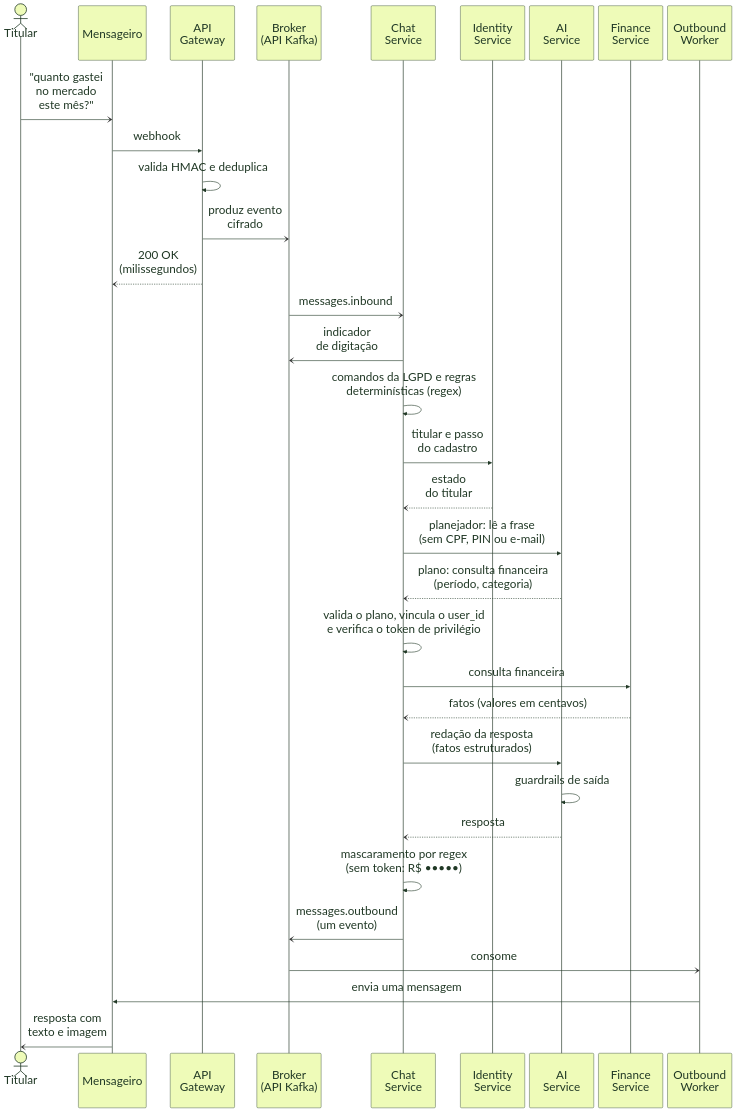
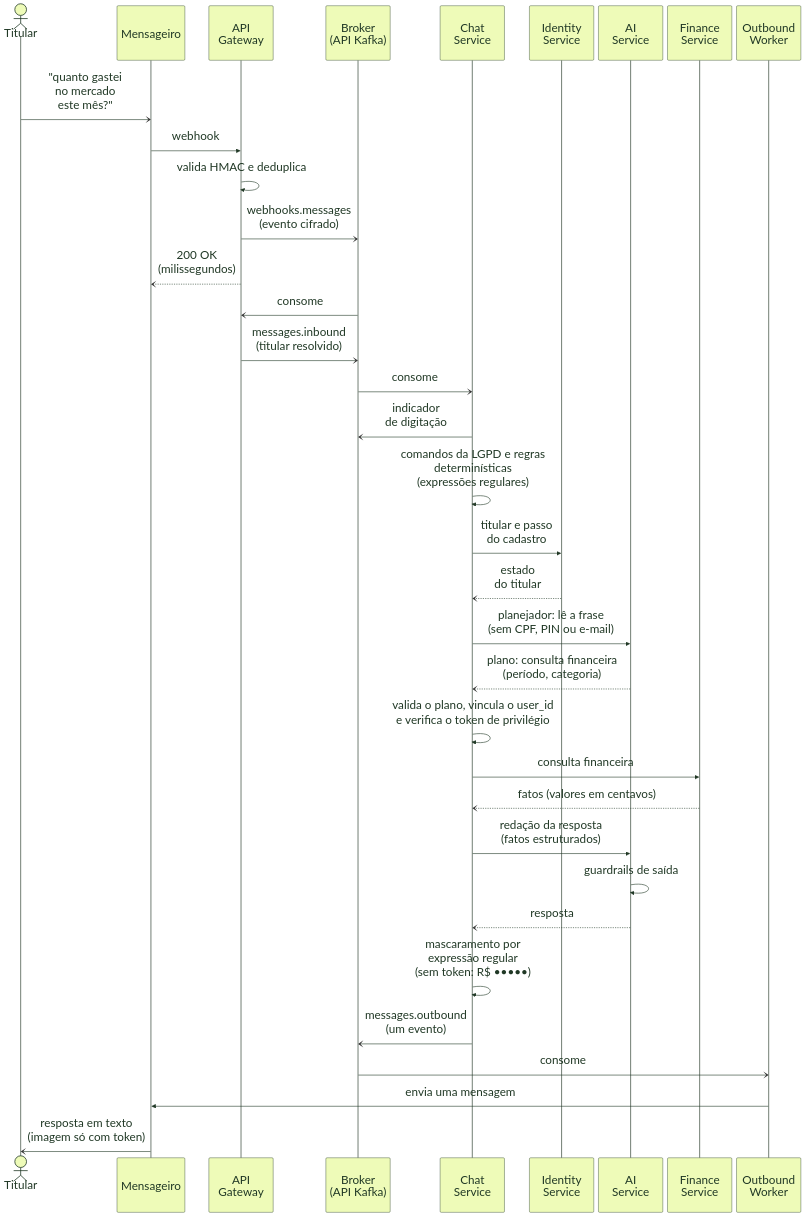
Before and after one commit to eigam-corp/thesis: the diagram in puml/sequencia_processamento_mensagem.mmd, drawn with Mermaid. The commit also changed 52 other files, not shown here.

```diff
--- a/puml/sequencia_processamento_mensagem.mmd
+++ b/puml/sequencia_processamento_mensagem.mmd
@@ -1,76 +1,78 @@
 ---
 config:
   theme: base
   look: classic
   fontFamily: "Open Sans, sans-serif"
   fontSize: 30
   themeVariables:
     actorBkg: "#EEFBB8"
     actorBorder: "#203825"
     actorTextColor: "#203825"
     actorLineColor: "#4A5A4D"
     signalColor: "#203825"
     signalTextColor: "#203825"
     activationBkgColor: "#DCFB67"
     activationBorderColor: "#203825"
     noteBkgColor: "#FFFFFF"
     noteBorderColor: "#4A5A4D"
     noteTextColor: "#203825"
   sequence:
     mirrorActors: true
     diagramMarginY: 30
     wrap: false
     width: 165
     height: 140
     actorMargin: 12
     boxMargin: 8
     messageMargin: 6
   themeCSS: |
     .actor-man line, .actor-man circle { stroke: #203825 !important; stroke-width: 3px !important; vector-effect: non-scaling-stroke; }
     .actor-man circle { fill: #DCFB67 !important; }
     .actor-man { transform-box: fill-box; transform-origin: 50% 0%; transform: scale(1.6); }
     .actor-man text.actor { transform-box: fill-box; transform-origin: 50% 50%; transform: translateY(12px) scale(0.75); paint-order: stroke; stroke: #F6F8F1 !important; stroke-width: 12px !important; stroke-linejoin: round; }
     .actor { stroke-width: 2px !important; }
     .messageLine0, .messageLine1 { stroke-width: 2.2px !important; }
     .actor-line { stroke-dasharray: 6 5 !important; }
 ---
 %% Processamento de uma mensagem, em notação UML (diagrama de sequência do Mermaid 12).
 %%   ->> chamada síncrona (linha contínua, ponta cheia); -) evento ou mensagem assíncrona (ponta aberta);
 %%   --) retorno (linha tracejada, ponta aberta).
 %%   Cores da paleta do EIGAM; fontes grandes para leitura impressa na largura do texto.
 %%   Os participantes se repetem embaixo (mirrorActors) porque, sem isso, o Mermaid corta as linhas de vida em 2000 px.
 %% Renderização (mermaid-cli 12): mmdc -i sequencia_processamento_mensagem.mmd -o ../images/sequencia/processamento_mensagem.png --size 3600 -b "#F6F8F1"
 sequenceDiagram
   actor U as Titular
   participant CH as Mensageiro
   participant GW as API<br/>Gateway
   participant KF as Broker<br/>(API Kafka)
   participant CS as Chat<br/>Service
   participant ID as Identity<br/>Service
   participant AI as AI<br/>Service
   participant FS as Finance<br/>Service
   participant OW as Outbound<br/>Worker
 
   U-)CH: "quanto gastei<br/>no mercado<br/>este mês?"
   CH->>GW: webhook
   GW->>GW: valida HMAC e deduplica
-  GW-)KF: produz evento<br/>cifrado
+  GW-)KF: webhooks.messages<br/>(evento cifrado)
   GW--)CH: 200 OK<br/>(milissegundos)
-  KF-)CS: messages.inbound
+  KF-)GW: consome
+  GW-)KF: messages.inbound<br/>(titular resolvido)
+  KF-)CS: consome
   CS-)KF: indicador<br/>de digitação
-  CS->>CS: comandos da LGPD e regras<br/>determinísticas (regex)
+  CS->>CS: comandos da LGPD e regras<br/>determinísticas<br/>(expressões regulares)
   CS->>ID: titular e passo<br/>do cadastro
   ID--)CS: estado<br/>do titular
   CS->>AI: planejador: lê a frase<br/>(sem CPF, PIN ou e-mail)
   AI--)CS: plano: consulta financeira<br/>(período, categoria)
   CS->>CS: valida o plano, vincula o user_id<br/>e verifica o token de privilégio
   CS->>FS: consulta financeira
   FS--)CS: fatos (valores em centavos)
   CS->>AI: redação da resposta<br/>(fatos estruturados)
   AI->>AI: guardrails de saída
   AI--)CS: resposta
-  CS->>CS: mascaramento por regex<br/>(sem token: R$ •••••)
+  CS->>CS: mascaramento por<br/>expressão regular<br/>(sem token: R$ •••••)
   CS-)KF: messages.outbound<br/>(um evento)
   KF-)OW: consome
   OW->>CH: envia uma mensagem
-  CH-)U: resposta com<br/>texto e imagem
+  CH-)U: resposta em texto<br/>(imagem só com token)
```
